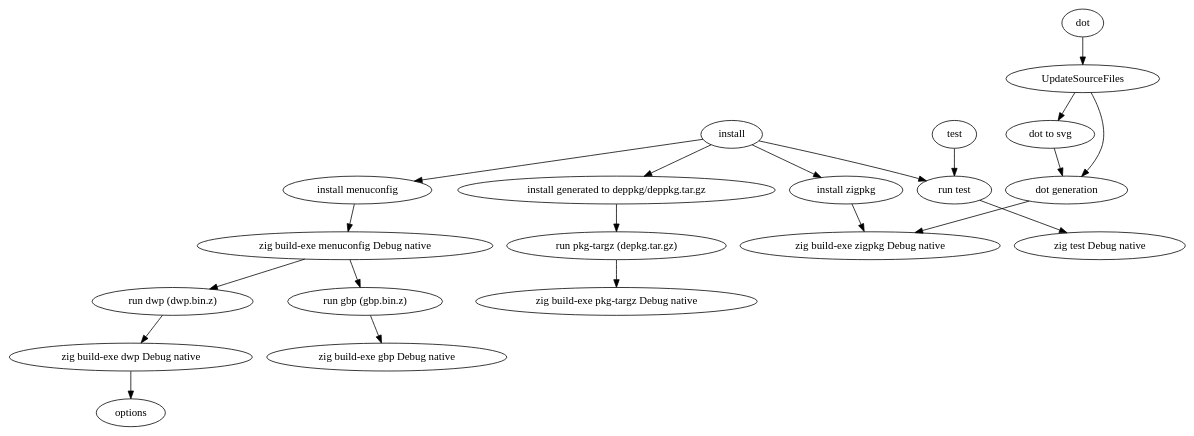
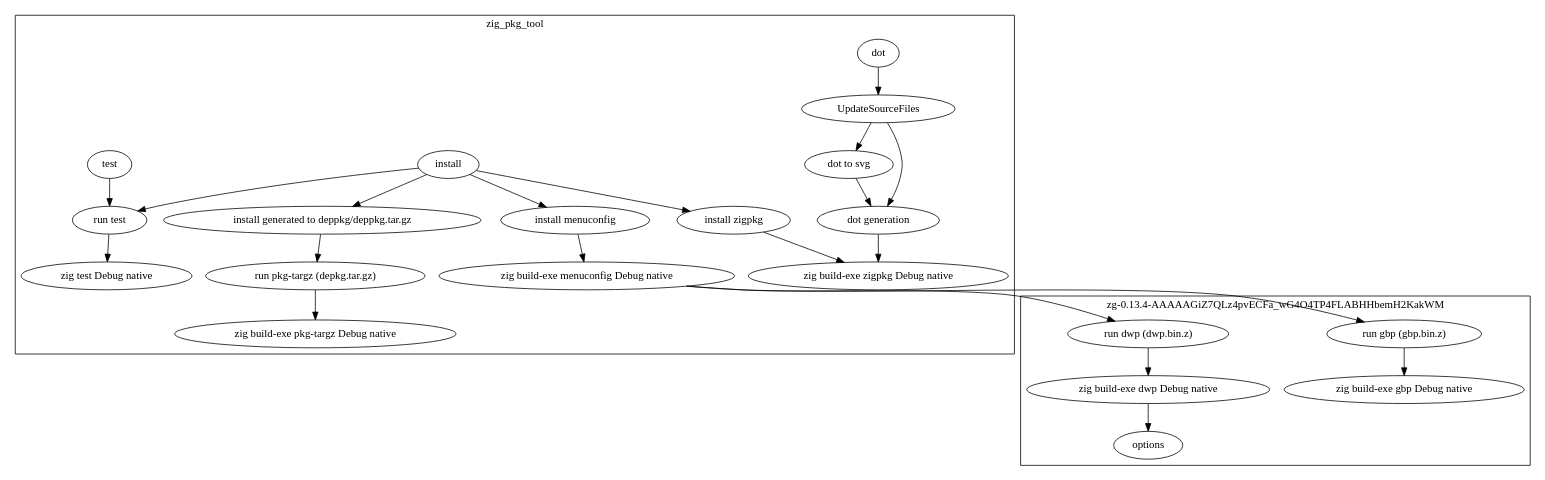
One commit to dasimmet/zig_pkg_tool changed the diagram in graph.dot. Above: the diagram before and after it, drawn with Graphviz. The commit also changed 1 other file, not shown here.

Commit message:
update svg and dot

```diff
--- a/graph.dot
+++ b/graph.dot
@@ -1,42 +1,91 @@
 digraph {
-"N0" [label="install"]
+"N0" [label="install", group="G0", tooltip="zig_pkg_tool"]
 "N0" -> "N1"
 "N0" -> "N2"
 "N0" -> "N3"
 "N0" -> "N4"
-"N1" [label="install menuconfig"]
+"N1" [label="install menuconfig", group="G0", tooltip="zig_pkg_tool"]
 "N1" -> "N5"
-"N5" [label="zig build-exe menuconfig Debug native"]
+"N5" [label="zig build-exe menuconfig Debug native", group="G0", tooltip="zig_pkg_tool"]
 "N5" -> "N6"
 "N5" -> "N7"
-"N6" [label="run gbp (gbp.bin.z)"]
+"N6" [label="run gbp (gbp.bin.z)", group="G1", tooltip="zg-0.13.4-AAAAAGiZ7QLz4pvECFa_wG4O4TP4FLABHHbemH2KakWM"]
 "N6" -> "N8"
-"N8" [label="zig build-exe gbp Debug native"]
-"N7" [label="run dwp (dwp.bin.z)"]
+"N8" [label="zig build-exe gbp Debug native", group="G1", tooltip="zg-0.13.4-AAAAAGiZ7QLz4pvECFa_wG4O4TP4FLABHHbemH2KakWM"]
+"N7" [label="run dwp (dwp.bin.z)", group="G1", tooltip="zg-0.13.4-AAAAAGiZ7QLz4pvECFa_wG4O4TP4FLABHHbemH2KakWM"]
 "N7" -> "N9"
-"N9" [label="zig build-exe dwp Debug native"]
+"N9" [label="zig build-exe dwp Debug native", group="G1", tooltip="zg-0.13.4-AAAAAGiZ7QLz4pvECFa_wG4O4TP4FLABHHbemH2KakWM"]
 "N9" -> "N10"
-"N10" [label="options"]
-"N2" [label="install generated to deppkg/deppkg.tar.gz"]
+"N10" [label="options", group="G1", tooltip="zg-0.13.4-AAAAAGiZ7QLz4pvECFa_wG4O4TP4FLABHHbemH2KakWM"]
+"N2" [label="install generated to deppkg/deppkg.tar.gz", group="G0", tooltip="zig_pkg_tool"]
 "N2" -> "N11"
-"N11" [label="run pkg-targz (depkg.tar.gz)"]
+"N11" [label="run pkg-targz (depkg.tar.gz)", group="G0", tooltip="zig_pkg_tool"]
 "N11" -> "N12"
-"N12" [label="zig build-exe pkg-targz Debug native"]
-"N3" [label="install zigpkg"]
+"N12" [label="zig build-exe pkg-targz Debug native", group="G0", tooltip="zig_pkg_tool"]
+"N3" [label="install zigpkg", group="G0", tooltip="zig_pkg_tool"]
 "N3" -> "N13"
-"N13" [label="zig build-exe zigpkg Debug native"]
-"N4" [label="run test"]
+"N13" [label="zig build-exe zigpkg Debug native", group="G0", tooltip="zig_pkg_tool"]
+"N4" [label="run test", group="G0", tooltip="zig_pkg_tool"]
 "N4" -> "N14"
-"N14" [label="zig test Debug native"]
-"N15" [label="dot"]
+"N14" [label="zig test Debug native", group="G0", tooltip="zig_pkg_tool"]
+"N15" [label="dot", group="G0", tooltip="zig_pkg_tool"]
 "N15" -> "N16"
-"N16" [label="UpdateSourceFiles"]
+"N16" [label="UpdateSourceFiles", group="G0", tooltip="zig_pkg_tool"]
 "N16" -> "N17"
 "N16" -> "N18"
-"N17" [label="dot generation"]
+"N17" [label="dot generation", group="G0", tooltip="zig_pkg_tool"]
 "N17" -> "N13"
-"N18" [label="dot to svg"]
+"N18" [label="dot to svg", group="G0", tooltip="zig_pkg_tool"]
 "N18" -> "N17"
-"N19" [label="test"]
+"N19" [label="test", group="G0", tooltip="zig_pkg_tool"]
 "N19" -> "N4"
+subgraph cluster_0 {
+  cluster = true
+  label = "zig_pkg_tool"
+  "N0"
+  "N1"
+  "N5"
+  "N2"
+  "N11"
+  "N12"
+  "N3"
+  "N13"
+  "N4"
+  "N14"
 }
+subgraph cluster_1 {
+  cluster = true
+  label = "zg-0.13.4-AAAAAGiZ7QLz4pvECFa_wG4O4TP4FLABHHbemH2KakWM"
+  "N6"
+  "N8"
+  "N7"
+  "N9"
+  "N10"
+}
+subgraph cluster_0 {
+  cluster = true
+  label = "zig_pkg_tool"
+  "N15"
+  "N16"
+  "N17"
+  "N13"
+  "N18"
+  "N17"
+  "N13"
+}
+subgraph cluster_1 {
+  cluster = true
+  label = "zg-0.13.4-AAAAAGiZ7QLz4pvECFa_wG4O4TP4FLABHHbemH2KakWM"
+}
+subgraph cluster_0 {
+  cluster = true
+  label = "zig_pkg_tool"
+  "N19"
+  "N4"
+  "N14"
+}
+subgraph cluster_1 {
+  cluster = true
+  label = "zg-0.13.4-AAAAAGiZ7QLz4pvECFa_wG4O4TP4FLABHHbemH2KakWM"
+}
+}
```
